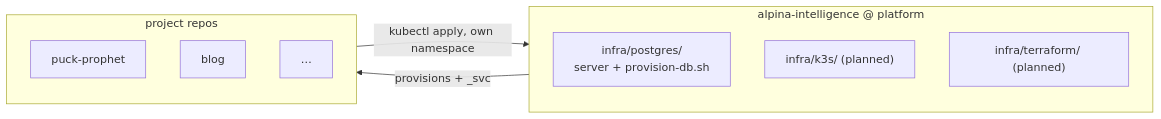
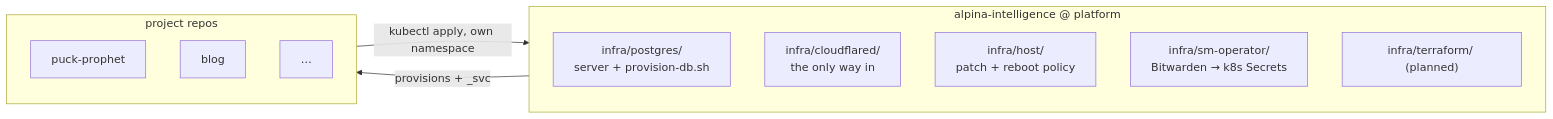
One commit to Alpina-Intelligence/alpina-intelligence changed the diagram in README.md. Above: the diagram before and after it, drawn with Mermaid. The commit also changed other lines of this file and 4 other files, not shown here.

Commit message:
Adopt Bitwarden Secrets Manager via sm-operator, replacing SOPS+age

````diff
--- a/README.md
+++ b/README.md
@@ -30,15 +30,17 @@
 ```mermaid
 flowchart LR
     subgraph plat["alpina-intelligence @ platform"]
         pg["infra/postgres/<br/>server + provision-db.sh"]
-        k3s["infra/k3s/ (planned)"]
+        cfd["infra/cloudflared/<br/>the only way in"]
+        host["infra/host/<br/>patch + reboot policy"]
+        sm["infra/sm-operator/<br/>Bitwarden → k8s Secrets"]
         tf["infra/terraform/ (planned)"]
     end
     subgraph apps["project repos"]
         pp["puck-prophet"]
         blog["blog"]
         etc["…"]
     end
     plat -->|"provisions <name> + <name>_svc"| apps
     apps -->|"kubectl apply, own namespace"| plat
 ```
````
